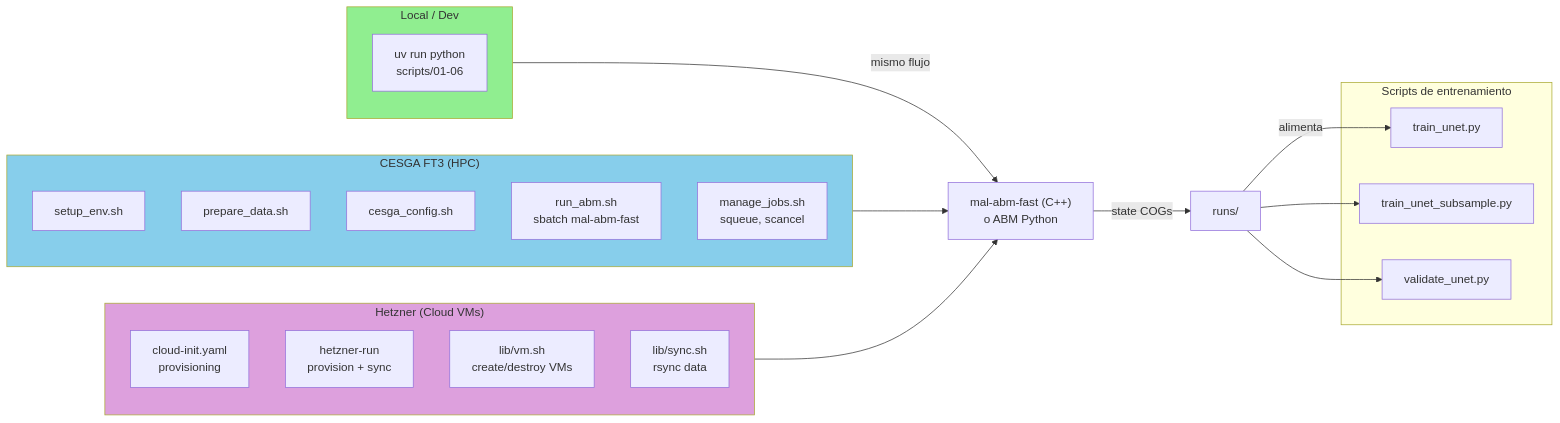
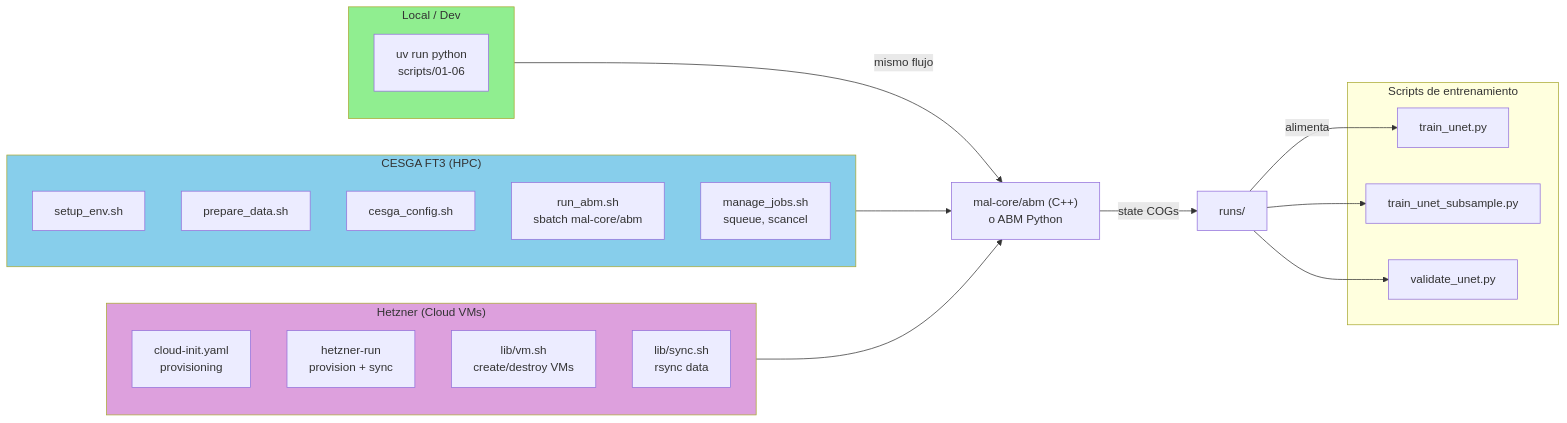
Before and after one commit to ANFAIA/MalariaSentinel: the seventh of 14 diagrams in docs/system-status.md, drawn with Mermaid. The commit also changed other lines of this file and 11 other files, not shown here.

````diff
--- a/docs/system-status.md
+++ b/docs/system-status.md
@@ -395,39 +415,39 @@
 ```mermaid
 graph LR
     subgraph LOCAL["Local / Dev"]
         L1["uv run python<br/>scripts/01-06"]
     end
 
     subgraph CESGA["CESGA FT3 (HPC)"]
         SETUP["setup_env.sh"]
         PREP["prepare_data.sh"]
         CONFIG["cesga_config.sh"]
-        RUN["run_abm.sh<br/>sbatch mal-abm-fast"]
+        RUN["run_abm.sh<br/>sbatch mal-core/abm"]
         MANAGE["manage_jobs.sh<br/>squeue, scancel"]
     end
 
     subgraph HETZNER["Hetzner (Cloud VMs)"]
         CI["cloud-init.yaml<br/>provisioning"]
         HR["hetzner-run<br/>provision + sync"]
         VM["lib/vm.sh<br/>create/destroy VMs"]
         SYNC["lib/sync.sh<br/>rsync data"]
     end
 
     subgraph ENTRENAMIENTO["Scripts de entrenamiento"]
         TR1["train_unet.py"]
         TR2["train_unet_subsample.py"]
         VAL["validate_unet.py"]
     end
 
-    LOCAL -->|"mismo flujo"| ABM["mal-abm-fast (C++)<br/>o ABM Python"]
+    LOCAL -->|"mismo flujo"| ABM["mal-core/abm (C++)<br/>o ABM Python"]
     CESGA --> ABM
     HETZNER --> ABM
     ABM -->|"state COGs"| OUT["runs/"]
     OUT -->|"alimenta"| TR1
     OUT --> TR2
     OUT --> VAL
 
     style CESGA fill:#87CEEB
     style HETZNER fill:#DDA0DD
     style LOCAL fill:#90EE90
 ```
````
